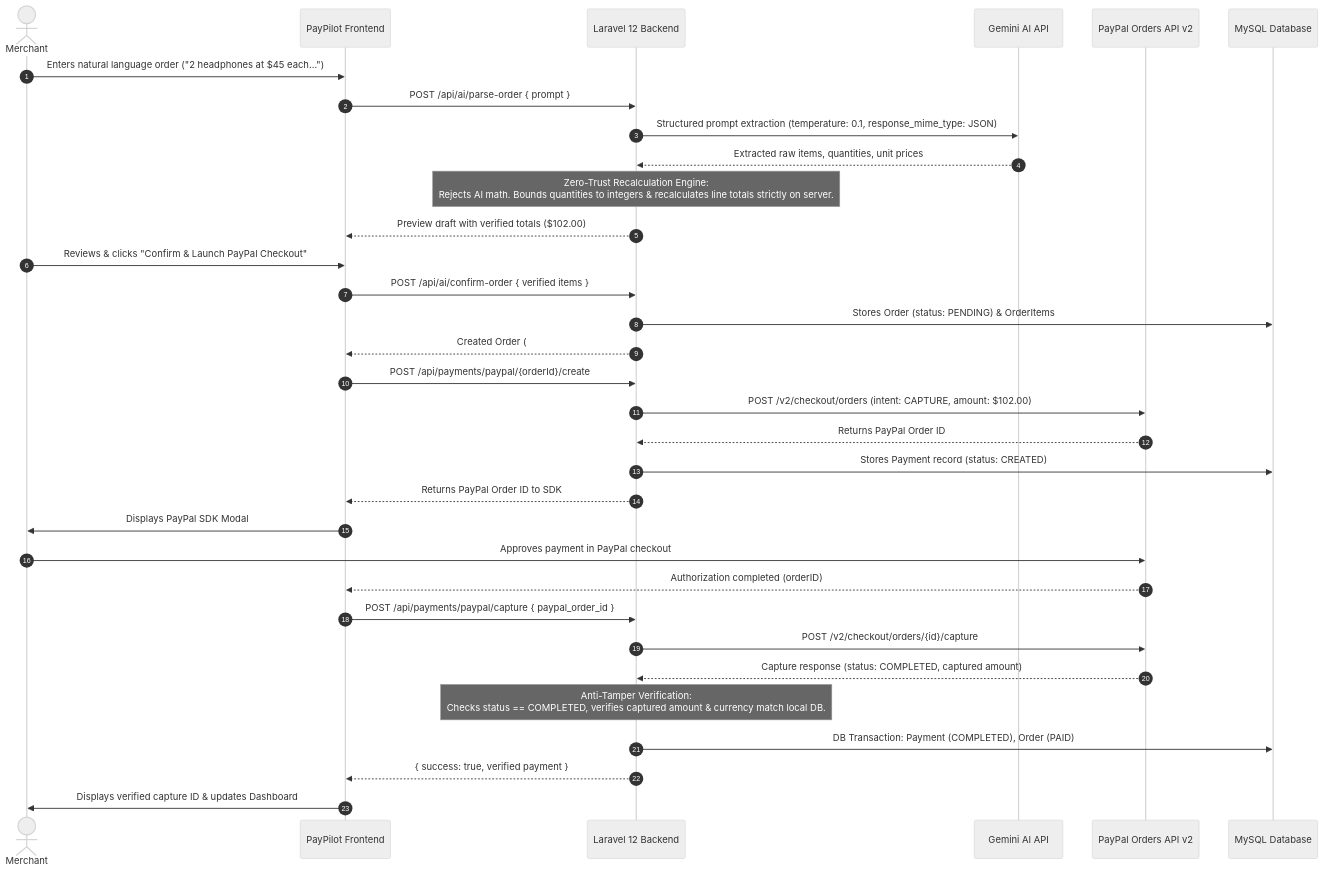
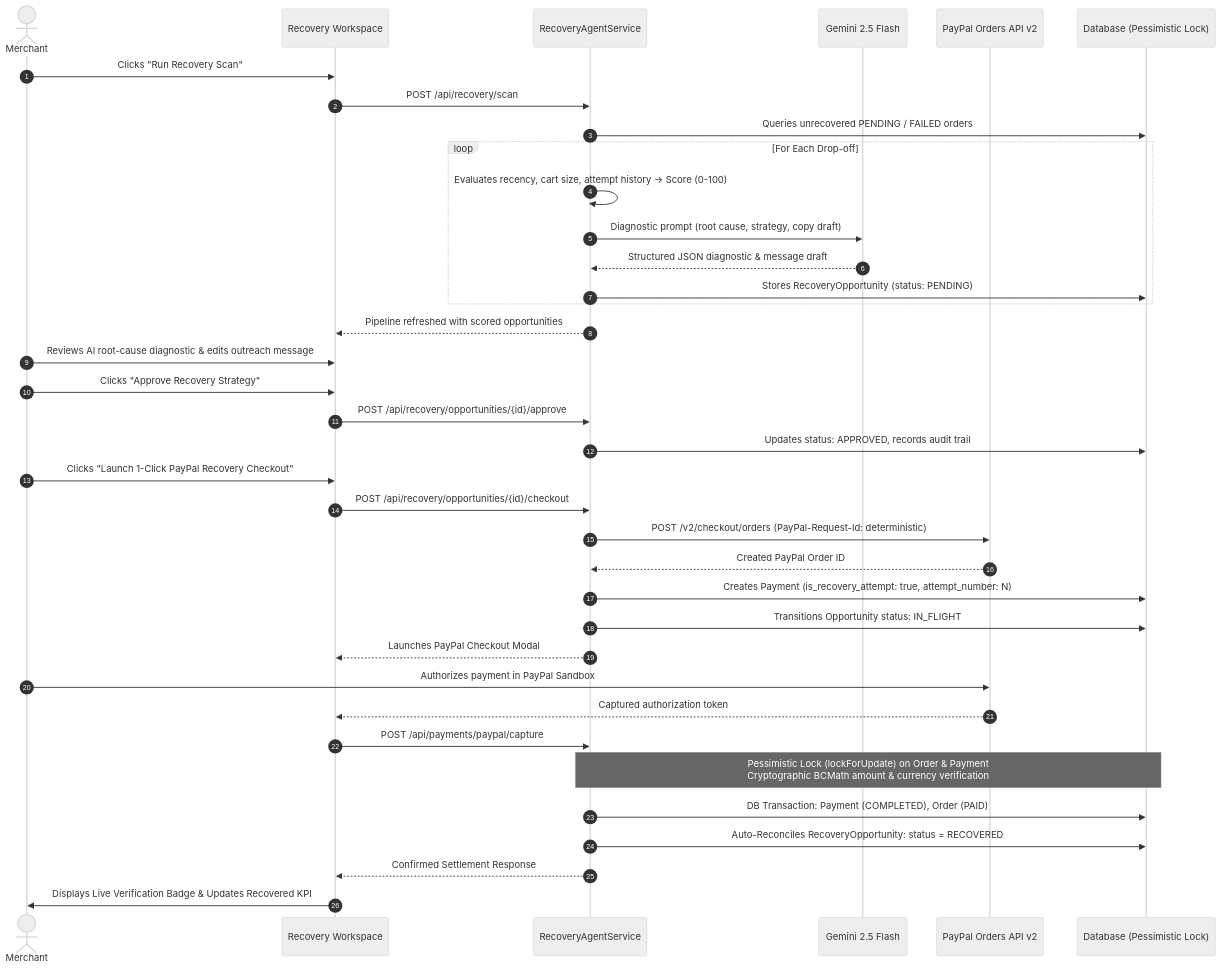
Before and after one commit to irfan-ibtech/PayPilot-AI: the second of 2 diagrams in README.md, drawn with Mermaid (neutral theme). The commit also changed other lines of this file and 1 other file, not shown here.

Commit message:
docs(fintech): update documentation for ai recovery agent, bcmath precision, and security audit

````diff
--- a/README.md
+++ b/README.md
@@ -77,36 +94,40 @@
 ```mermaid
 sequenceDiagram
     autonumber
     actor Merchant as Merchant
-    participant React as PayPilot Frontend
-    participant API as Laravel 12 Backend
-    participant Gemini as Gemini AI API
+    participant React as Recovery Workspace
+    participant Agent as RecoveryAgentService
+    participant Gemini as Gemini 2.5 Flash
     participant PayPal as PayPal Orders API v2
-    participant DB as MySQL Database
+    participant DB as Database (Pessimistic Lock)
 
-    Merchant->>React: Enters natural language order ("2 headphones at $45 each...")
-    React->>API: POST /api/ai/parse-order { prompt }
-    API->>Gemini: Structured prompt extraction (temperature: 0.1, response_mime_type: JSON)
-    Gemini-->>API: Extracted raw items, quantities, unit prices
-    Note over API: Zero-Trust Recalculation Engine:<br/>Rejects AI math. Bounds quantities to integers & recalculates line totals strictly on server.
-    API-->>React: Preview draft with verified totals ($102.00)
-    Merchant->>React: Reviews & clicks "Confirm & Launch PayPal Checkout"
-    React->>API: POST /api/ai/confirm-order { verified items }
-    API->>DB: Stores Order (status: PENDING) & OrderItems
-    API-->>React: Created Order (#PP-XXXXXXXX)
-    React->>API: POST /api/payments/paypal/{orderId}/create
-    API->>PayPal: POST /v2/checkout/orders (intent: CAPTURE, amount: $102.00)
-    PayPal-->>API: Returns PayPal Order ID
-    API->>DB: Stores Payment record (status: CREATED)
-    API-->>React: Returns PayPal Order ID to SDK
-    React->>Merchant: Displays PayPal SDK Modal
-    Merchant->>PayPal: Approves payment in PayPal checkout
-    PayPal-->>React: Authorization completed (orderID)
-    React->>API: POST /api/payments/paypal/capture { paypal_order_id }
-    API->>PayPal: POST /v2/checkout/orders/{id}/capture
-    PayPal-->>API: Capture response (status: COMPLETED, captured amount)
-    Note over API: Anti-Tamper Verification:<br/>Checks status == COMPLETED, verifies captured amount & currency match local DB.
-    API->>DB: DB Transaction: Payment (COMPLETED), Order (PAID)
-    API-->>React: { success: true, verified payment }
-    React->>Merchant: Displays verified capture ID & updates Dashboard
+    Merchant->>React: Clicks "Run Recovery Scan"
+    React->>Agent: POST /api/recovery/scan
+    Agent->>DB: Queries unrecovered PENDING / FAILED orders
+    loop For Each Drop-off
+        Agent->>Agent: Evaluates recency, cart size, attempt history -> Score (0-100)
+        Agent->>Gemini: Diagnostic prompt (root cause, strategy, copy draft)
+        Gemini-->>Agent: Structured JSON diagnostic & message draft
+        Agent->>DB: Stores RecoveryOpportunity (status: PENDING)
+    end
+    Agent-->>React: Pipeline refreshed with scored opportunities
+    Merchant->>React: Reviews AI root-cause diagnostic & edits outreach message
+    Merchant->>React: Clicks "Approve Recovery Strategy"
+    React->>Agent: POST /api/recovery/opportunities/{id}/approve
+    Agent->>DB: Updates status: APPROVED, records audit trail
+    Merchant->>React: Clicks "Launch 1-Click PayPal Recovery Checkout"
+    React->>Agent: POST /api/recovery/opportunities/{id}/checkout
+    Agent->>PayPal: POST /v2/checkout/orders (PayPal-Request-Id: deterministic)
+    PayPal-->>Agent: Created PayPal Order ID
+    Agent->>DB: Creates Payment (is_recovery_attempt: true, attempt_number: N)
+    Agent->>DB: Transitions Opportunity status: IN_FLIGHT
+    Agent-->>React: Launches PayPal Checkout Modal
+    Merchant->>PayPal: Authorizes payment in PayPal Sandbox
+    PayPal-->>React: Captured authorization token
+    React->>Agent: POST /api/payments/paypal/capture
+    Note over Agent,DB: Pessimistic Lock (lockForUpdate) on Order & Payment<br/>Cryptographic BCMath amount & currency verification
+    Agent->>DB: DB Transaction: Payment (COMPLETED), Order (PAID)
+    Agent->>DB: Auto-Reconciles RecoveryOpportunity: status = RECOVERED
+    Agent-->>React: Confirmed Settlement Response
+    React->>Merchant: Displays Live Verification Badge & Updates Recovered KPI
 ```
````
